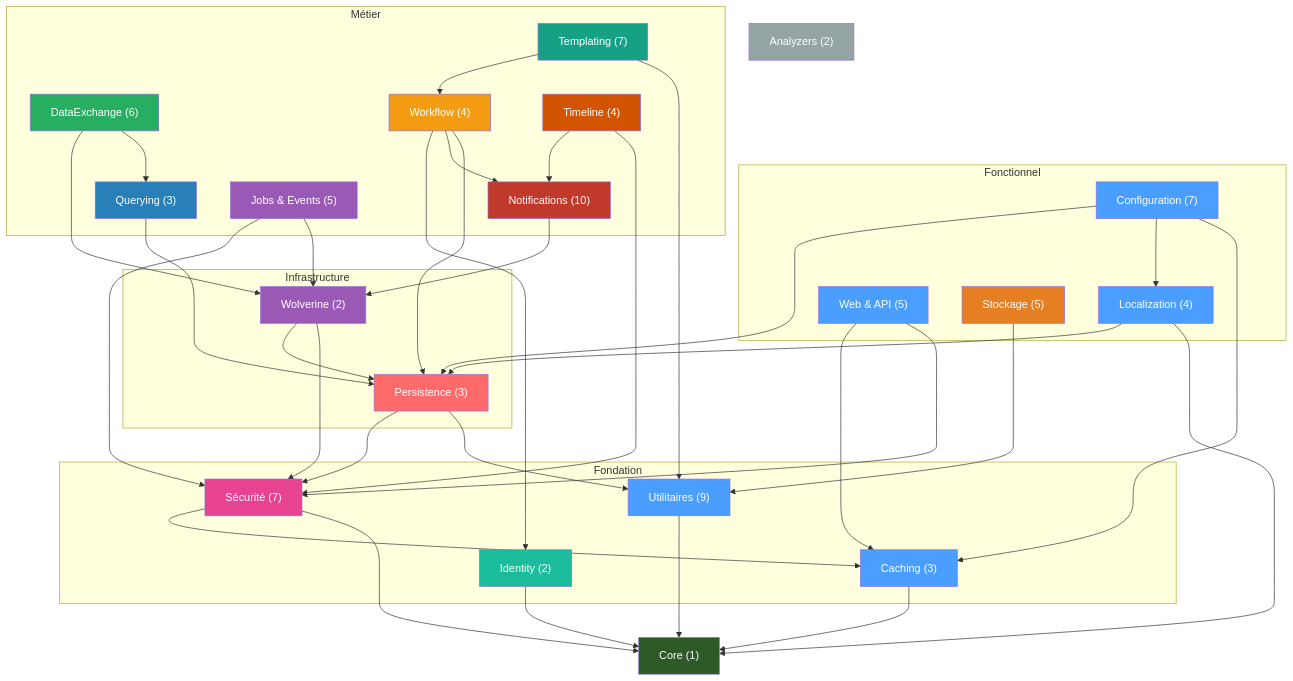
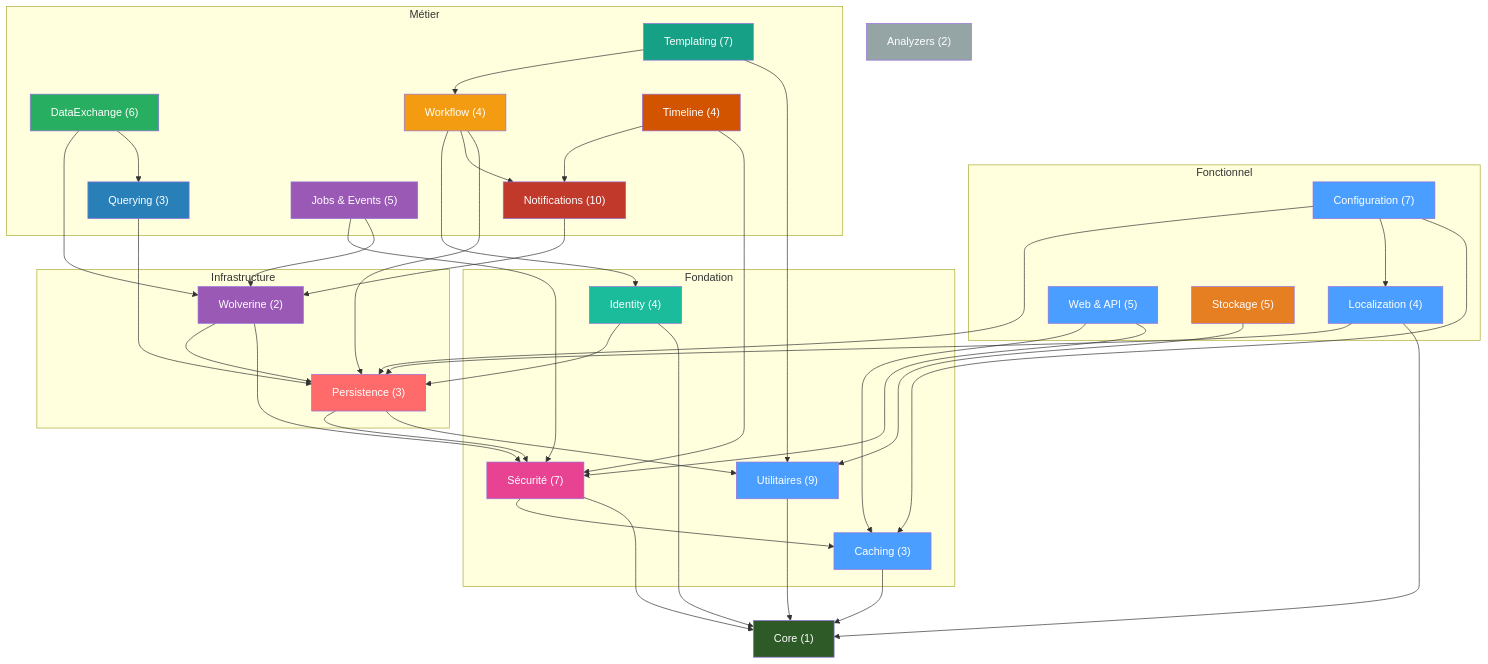
The first of 8 diagrams in docs/framework/dependencies.md (enraiz/granit-dotnet), drawn with Mermaid before and after one commit. The commit also changed other lines of this file and 1 other file, not shown here.

First line of the commit message:
docs: mettre à jour les dépendances et le catalogue pour Identity.EF + Endpoints

```diff
--- a/docs/framework/dependencies.md
+++ b/docs/framework/dependencies.md
@@ -26,7 +26,7 @@
         UTILS["Utilitaires (9)"]
         SEC["Sécurité (7)"]
         CACHE["Caching (3)"]
-        IDENT["Identity (2)"]
+        IDENT["Identity (4)"]
     end
 
     subgraph Infrastructure
@@ -58,6 +58,7 @@
     SEC --> CACHE
     CACHE --> CORE
     IDENT --> CORE
+    IDENT --> PERS
 
     PERS --> UTILS
     PERS --> SEC
```
